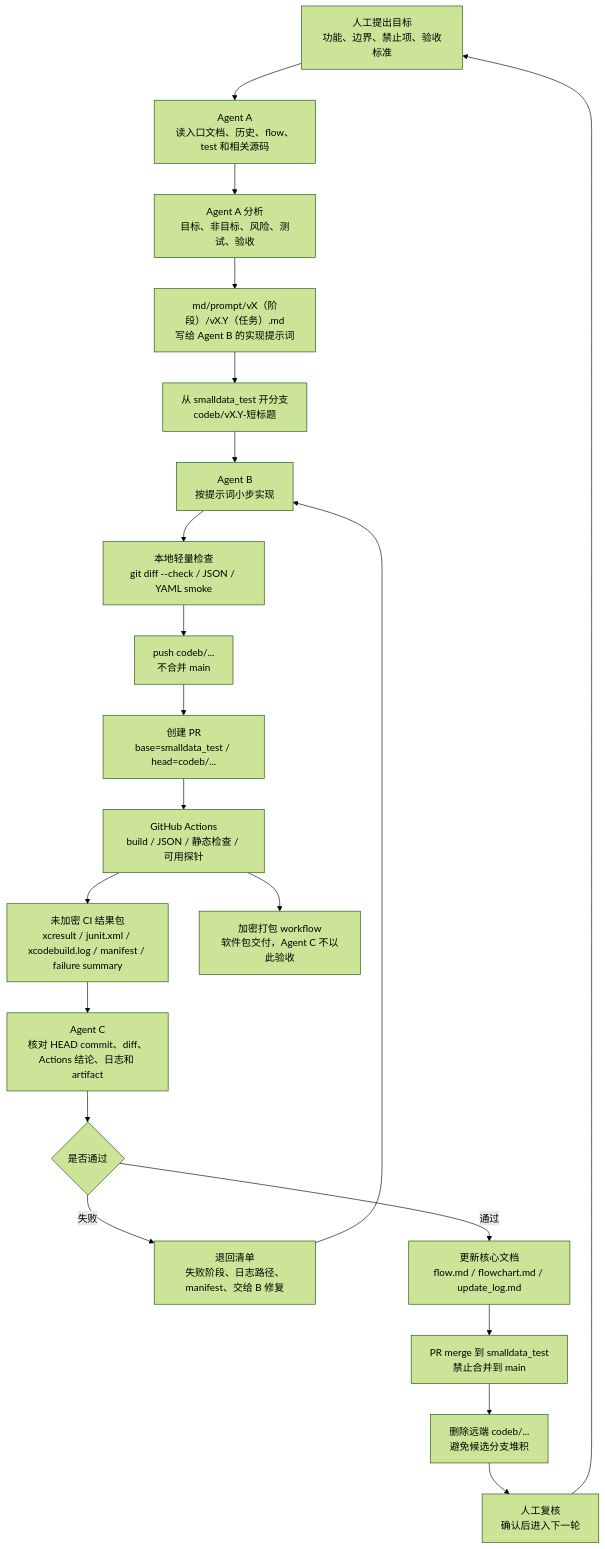
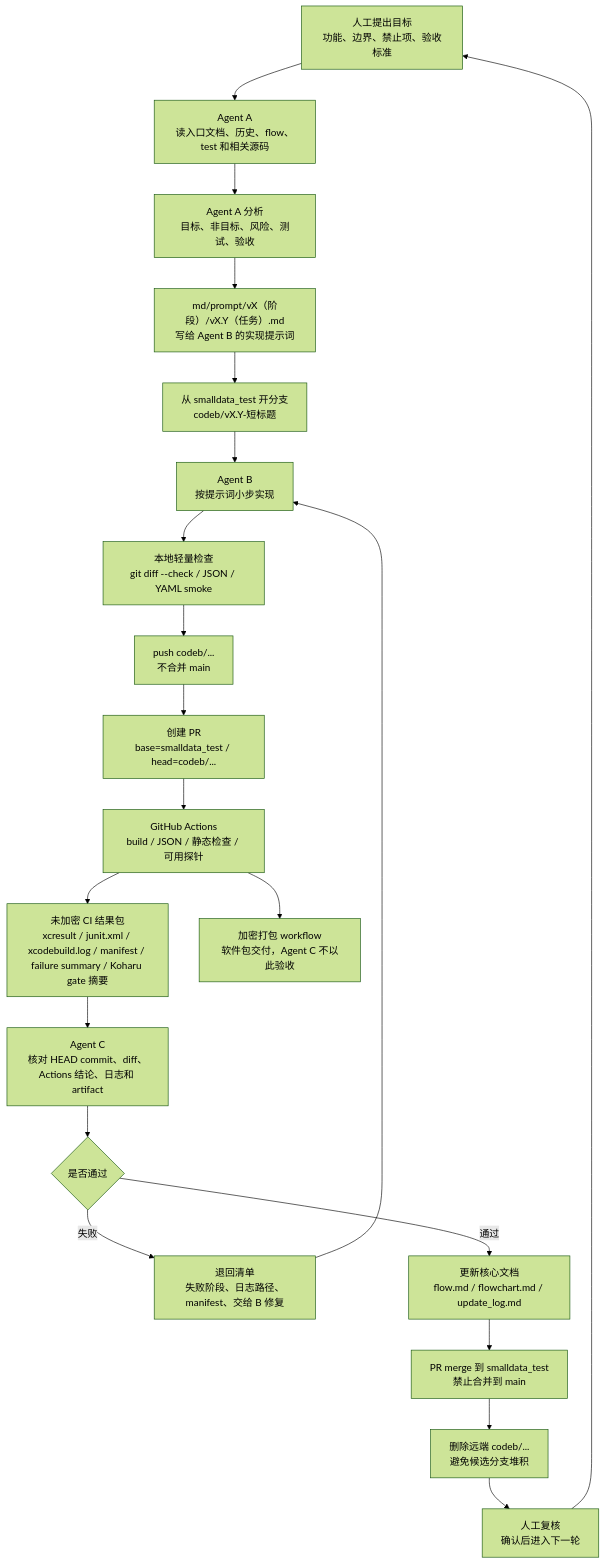
One commit to bengzhu/project1_lgbt_naxida changed the third of 3 diagrams in md/flow/flowchart.md. Above: the diagram before and after it, drawn with Mermaid (forest theme). The commit also changed 8 other files, not shown here.

Commit message:
feat: tighten Koharu artifact gate

````diff
--- a/md/flow/flowchart.md
+++ b/md/flow/flowchart.md
@@ -118,34 +118,34 @@
 ```mermaid
 flowchart TD
   %% 人工输入：目标和约束
   H["人工提出目标<br/>功能、边界、禁止项、验收标准"] --> A1["Agent A<br/>读入口文档、历史、flow、test 和相关源码"]
 
   %% Agent A 输出版本化提示词
   A1 --> A2["Agent A 分析<br/>目标、非目标、风险、测试、验收"]
   A2 --> P["md/prompt/vX（阶段）/vX.Y（任务）.md<br/>写给 Agent B 的实现提示词"]
 
   %% Agent B 实现、轻量检查和推送
   P --> B0["从 smalldata_test 开分支<br/>codeb/vX.Y-短标题"]
   B0 --> B1["Agent B<br/>按提示词小步实现"]
   B1 --> B2["本地轻量检查<br/>git diff --check / JSON / YAML smoke"]
   B2 --> B3["push codeb/...<br/>不合并 main"]
   B3 --> B4["创建 PR<br/>base=smalldata_test / head=codeb/..."]
 
   %% 云端验证和结果包
   B4 --> G1["GitHub Actions<br/>build / JSON / 静态检查 / 可用探针"]
-  G1 --> G2["未加密 CI 结果包<br/>xcresult / junit.xml / xcodebuild.log / manifest / failure summary"]
+  G1 --> G2["未加密 CI 结果包<br/>xcresult / junit.xml / xcodebuild.log / manifest / failure summary / Koharu gate 摘要"]
   G1 --> G3["加密打包 workflow<br/>软件包交付，Agent C 不以此验收"]
 
   %% Agent C 验收和文档同步
   G2 --> C1["Agent C<br/>核对 HEAD commit、diff、Actions 结论、日志和 artifact"]
   C1 --> CFail{"是否通过"}
   CFail -- "失败" --> R["退回清单<br/>失败阶段、日志路径、manifest、交给 B 修复"]
   R --> B1
   CFail -- "通过" --> C2["更新核心文档<br/>flow.md / flowchart.md / update_log.md"]
   C2 --> C3["PR merge 到 smalldata_test<br/>禁止合并到 main"]
   C3 --> C4["删除远端 codeb/...<br/>避免候选分支堆积"]
 
   %% 回到人工
   C4 --> H2["人工复核<br/>确认后进入下一轮"]
   H2 --> H
 ```
````
